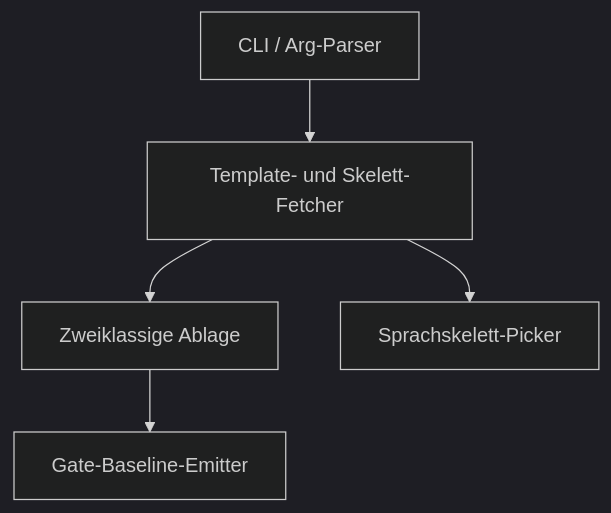
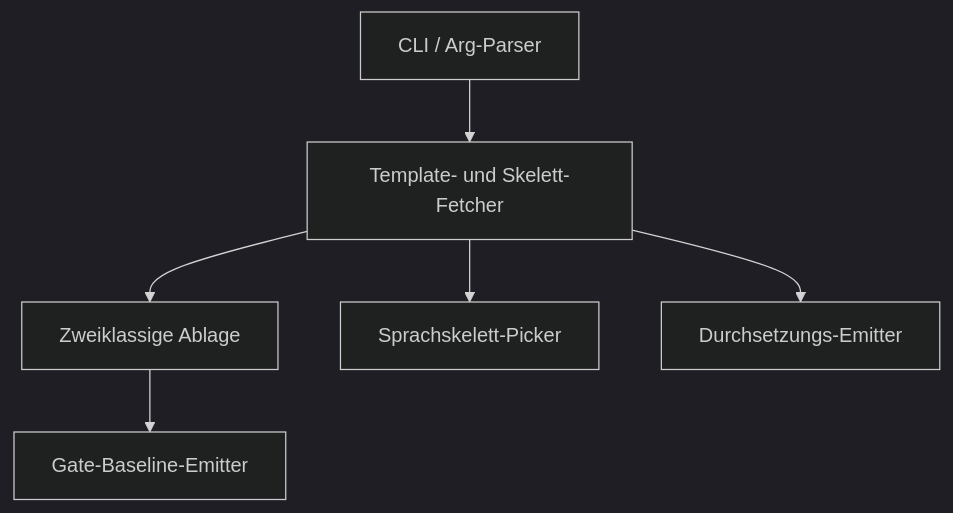
The first of 2 diagrams in spec/architecture.md (pt9912/ai-harness-init), drawn with Mermaid (dark theme) before and after one commit. The commit also changed other lines of this file and 3 other files, not shown here.

````diff
--- a/spec/architecture.md
+++ b/spec/architecture.md
@@ -12,12 +12,14 @@
 ```mermaid
 flowchart TB
     CLI[CLI / Arg-Parser]
     Fetch[Template- und Skelett-Fetcher]
     Place[Zweiklassige Ablage]
     Gate[Gate-Baseline-Emitter]
     Pick[Sprachskelett-Picker]
+    Enforce[Durchsetzungs-Emitter]
     CLI --> Fetch
     Fetch --> Place
     Fetch --> Pick
     Place --> Gate
+    Fetch --> Enforce
 ```
````
